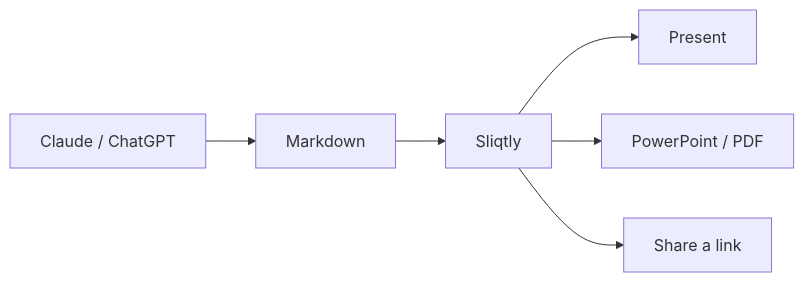
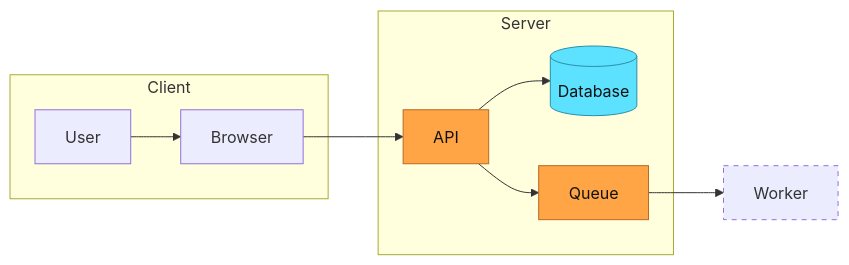
One commit to terotests/Sliqtly changed the second of 3 diagrams in samples/welcome.en.md. Above: the diagram before and after it, drawn with Mermaid. The commit also changed other lines of this file and 8 other files, not shown here.

````diff
--- a/samples/welcome.en.md
+++ b/samples/welcome.en.md
@@ -142,8 +41,17 @@
 ```mermaid
 flowchart LR
-  M[Markdown] --> S[Sliqtly]
-  S --> P[Present]
-  S --> X[PowerPoint / PDF]
-  S --> L[Share a link]
-  A[Claude / ChatGPT] --> M
+  subgraph Client
+    U[User] --> W[Browser]
+  end
+  subgraph Server
+    A[API] --> D[(Database)]
+    A --> Q[Queue]
+  end
+  W --> A
+  Q --> X[Worker]
+  classDef hot fill:#ffa546,stroke:#b96926,color:#111
+  classDef cool fill:#5ce1ff,stroke:#2b8fa8,color:#111
+  class A,Q hot
+  class D cool
+  style X stroke-dasharray: 5 5
 ```
````
